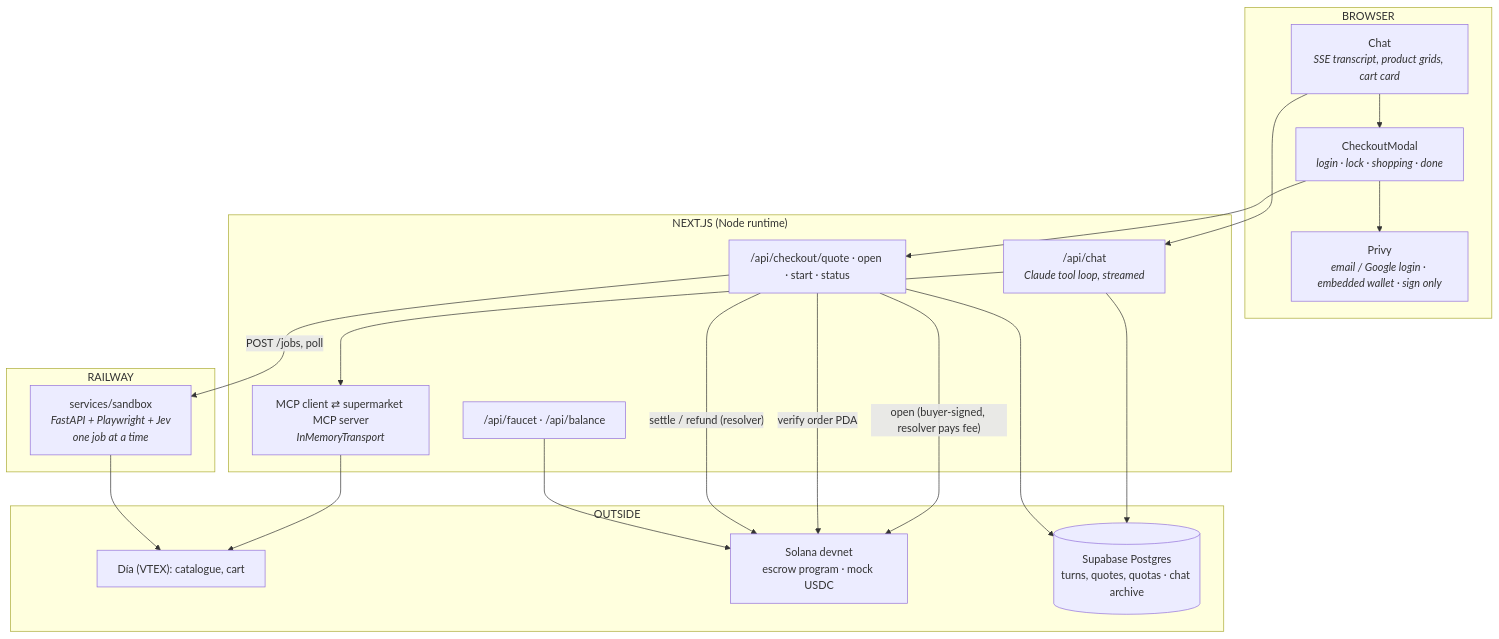
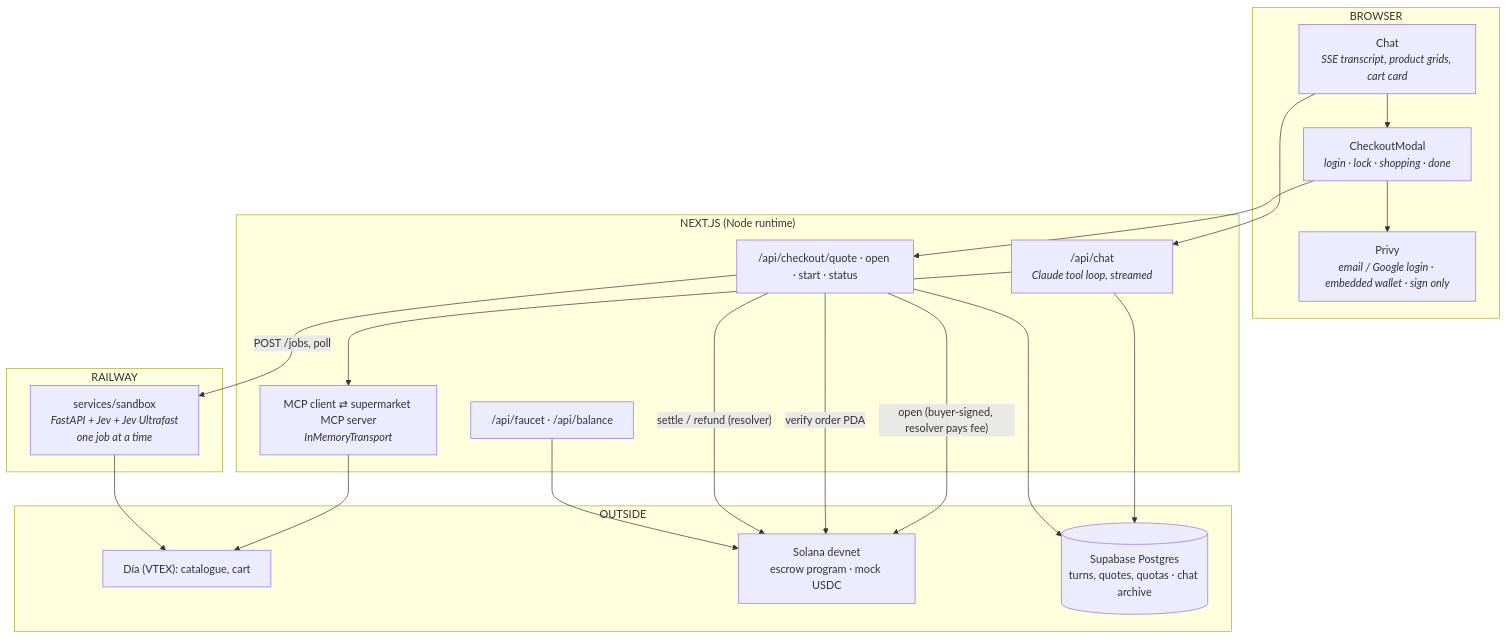
Before and after one commit to raptor0929/solana-changuito: the third of 3 diagrams in README.md, drawn with Mermaid. The commit also changed other lines of this file and 5 other files, not shown here.

First line of the commit message:
docs: the sandbox without Playwright

````diff
--- a/README.md
+++ b/README.md
@@ -151,37 +151,37 @@
 ```mermaid
 flowchart TB
     subgraph B["BROWSER"]
         CH["Chat<br/><i>SSE transcript, product grids, cart card</i>"]
         CM["CheckoutModal<br/><i>login · lock · shopping · done</i>"]
         PV["Privy<br/><i>email / Google login · embedded wallet · sign only</i>"]
     end
 
     subgraph N["NEXT.JS (Node runtime)"]
         CHAT["/api/chat<br/><i>Claude tool loop, streamed</i>"]
         MCP["MCP client ⇄ supermarket MCP server<br/><i>InMemoryTransport</i>"]
         Q["/api/checkout/quote · open · start · status"]
         F["/api/faucet · /api/balance"]
     end
 
     subgraph S["RAILWAY"]
-        SB["services/sandbox<br/><i>FastAPI + Playwright + Jev<br/>one job at a time</i>"]
+        SB["services/sandbox<br/><i>FastAPI + Jev + Jev Ultrafast<br/>one job at a time</i>"]
     end
 
     subgraph X["OUTSIDE"]
         VTEX["Día (VTEX): catalogue, cart"]
         SOL["Solana devnet<br/>escrow program · mock USDC"]
         PG[("Supabase Postgres<br/>turns, quotes, quotas · chat archive")]
     end
 
     CH --> CHAT --> MCP --> VTEX
     CHAT --> PG
     Q --> PG
     CH --> CM
     CM --> PV
     CM --> Q
     Q -->|"open (buyer-signed, resolver pays fee)"| SOL
     Q -->|"verify order PDA"| SOL
     Q -->|"POST /jobs, poll"| SB --> VTEX
     Q -->|"settle / refund (resolver)"| SOL
     F --> SOL
 ```
````
